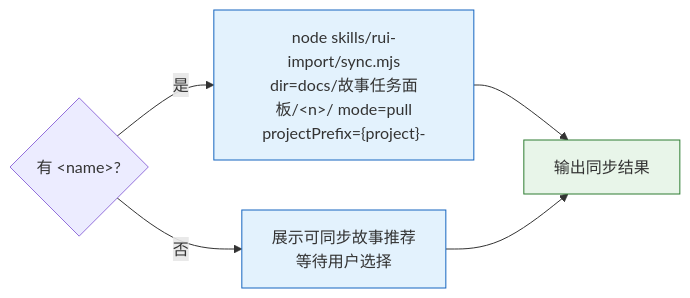
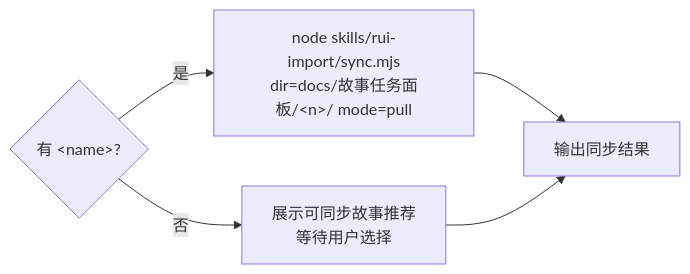
One commit to effiy/YrY changed the eighth of 12 diagrams in skills/rui-story/SKILL.md. Above: the diagram before and after it, drawn with Mermaid. The commit also changed other lines of this file and 61 other files, not shown here.

````diff
--- a/skills/rui-story/SKILL.md
+++ b/skills/rui-story/SKILL.md
@@ -334,10 +227,8 @@
 ```mermaid
 flowchart LR
-    Q{"有 &lt;name&gt;?"} -->|"是"| SCOPED["node skills/rui-import/sync.mjs<br/>dir=docs/故事任务面板/&lt;n&gt;/ mode=pull<br/>projectPrefix={project}-"]:::op
+    Q{"有 &lt;name&gt;?"} -->|"是"| SCOPED["node skills/rui-import/sync.mjs<br/>dir=docs/故事任务面板/&lt;n&gt;/ mode=pull"]:::op
     Q -->|"否"| RECOMMEND["展示可同步故事推荐<br/>等待用户选择"]:::op
     SCOPED --> OUT["输出同步结果"]:::out
     RECOMMEND --> OUT
 
-    classDef op fill:#e3f2fd,stroke:#1565c0;
-    classDef out fill:#e8f5e9,stroke:#2e7d32;
 ```
````
